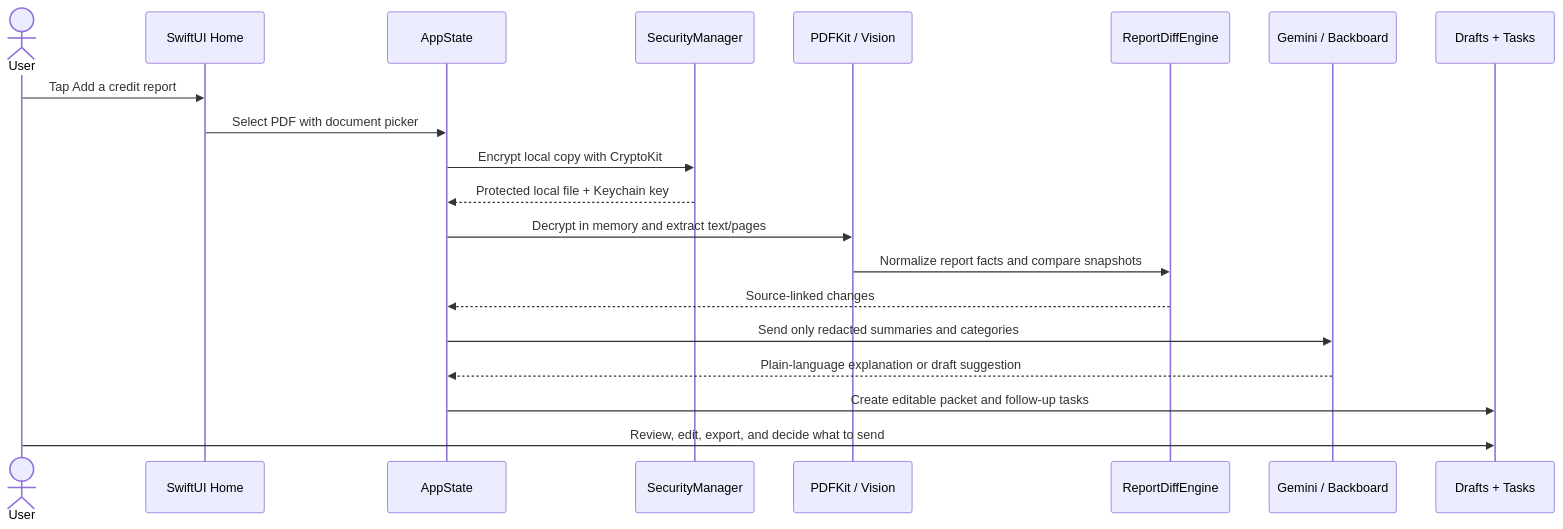
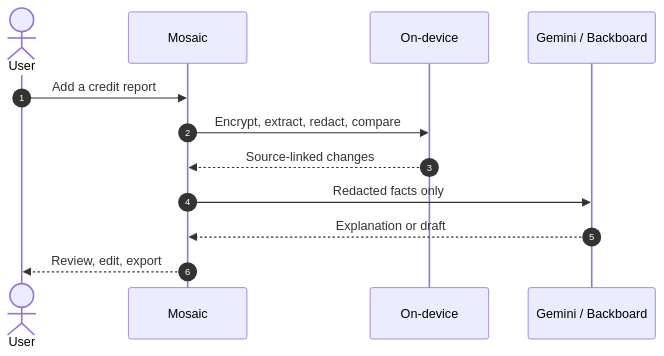
Before and after one commit to Vivianavvg/mosaicweb_demo: the second of 2 diagrams in README.md, drawn with Mermaid. The commit also changed other lines of this file, not shown here.

First line of the commit message:
Rewrite the README with GitHub icons and simpler architecture diagrams.

````diff
--- a/README.md
+++ b/README.md
@@ -74,23 +171,15 @@
 ```mermaid
 sequenceDiagram
+    autonumber
     actor User
-    participant Home as SwiftUI Home
-    participant State as AppState
-    participant Secure as SecurityManager
-    participant PDF as PDFKit / Vision
-    participant Diff as ReportDiffEngine
+    participant App as Mosaic
+    participant Device as On-device
     participant AI as Gemini / Backboard
-    participant Workflow as Drafts + Tasks
 
-    User->>Home: Tap Add a credit report
-    Home->>State: Select PDF with document picker
-    State->>Secure: Encrypt local copy with CryptoKit
-    Secure-->>State: Protected local file + Keychain key
-    State->>PDF: Decrypt in memory and extract text/pages
-    PDF->>Diff: Normalize report facts and compare snapshots
-    Diff-->>State: Source-linked changes
-    State->>AI: Send only redacted summaries and categories
-    AI-->>State: Plain-language explanation or draft suggestion
-    State->>Workflow: Create editable packet and follow-up tasks
-    User->>Workflow: Review, edit, export, and decide what to send
+    User->>App: Add a credit report
+    App->>Device: Encrypt, extract, redact, compare
+    Device-->>App: Source-linked changes
+    App->>AI: Redacted facts only
+    AI-->>App: Explanation or draft
+    App-->>User: Review, edit, export
 ```
````
